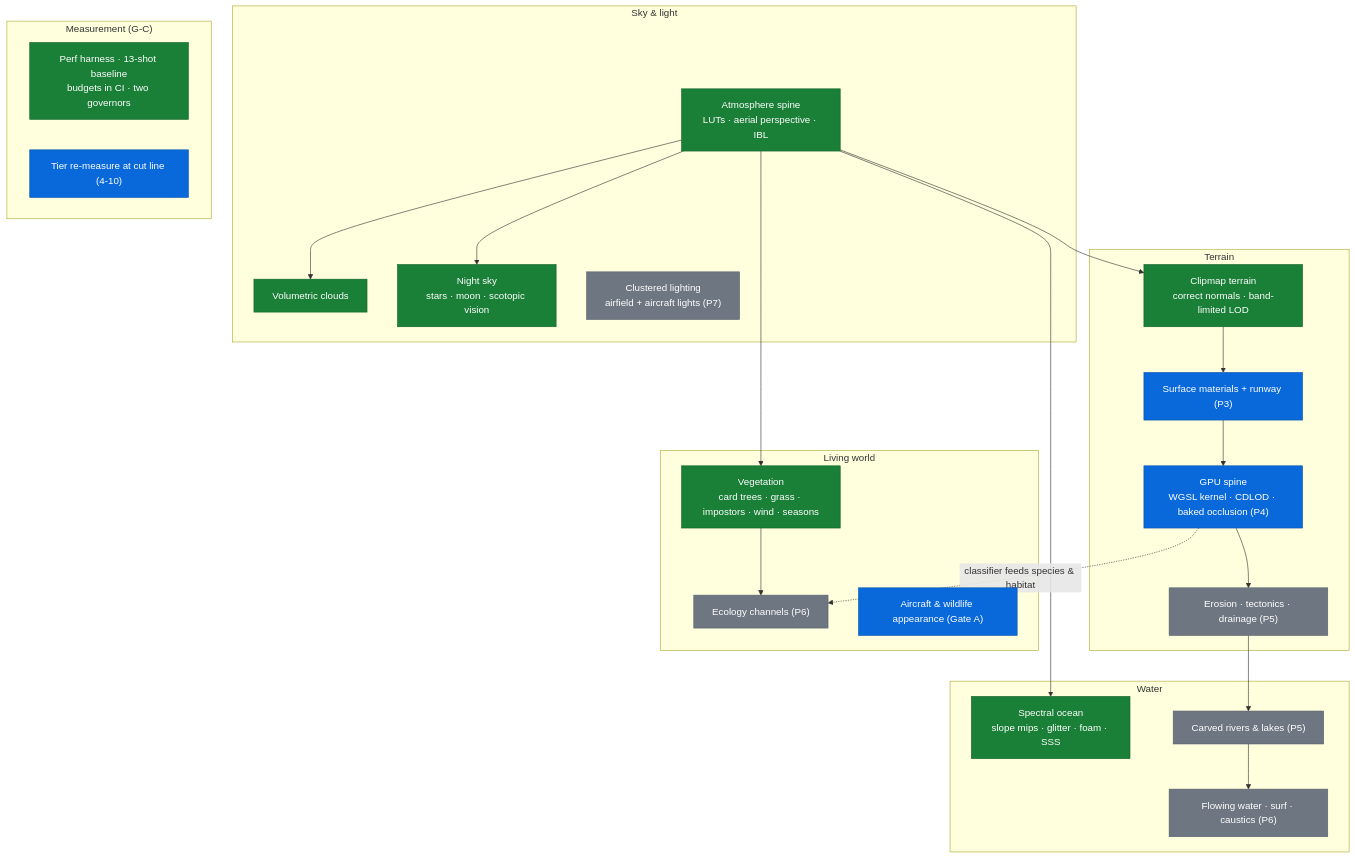
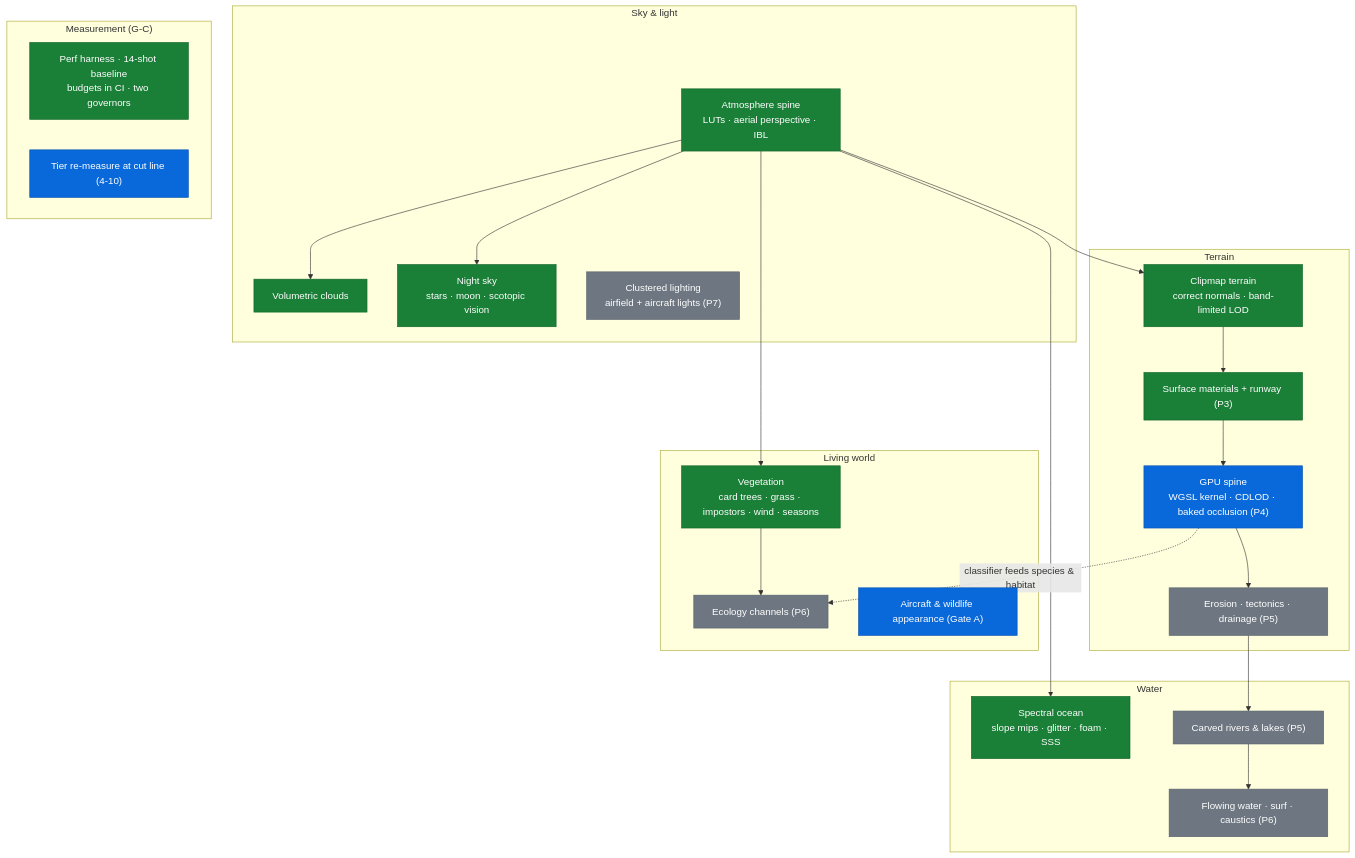
Before and after one commit to jazonshou/fly-high: the second of 2 diagrams in PROJECT_OVERVIEW.md, drawn with Mermaid. The commit also changed other lines of this file and 52 other files, not shown here.

First line of the commit message:
Phase 3: the terrain gets a surface, and the runway sits in the ground

````diff
--- a/PROJECT_OVERVIEW.md
+++ b/PROJECT_OVERVIEW.md
@@ -162,39 +188,39 @@
 ```mermaid
 flowchart TB
     classDef live fill:#1a7f37,stroke:#116329,color:#ffffff
     classDef nextp fill:#0969da,stroke:#0550ae,color:#ffffff
     classDef later fill:#6e7781,stroke:#57606a,color:#ffffff
 
     subgraph SKY["Sky & light"]
         ATM["Atmosphere spine<br/>LUTs · aerial perspective · IBL"]:::live
         CLD["Volumetric clouds"]:::live
         NGT["Night sky<br/>stars · moon · scotopic vision"]:::live
         CLL["Clustered lighting<br/>airfield + aircraft lights (P7)"]:::later
     end
     subgraph GROUND["Terrain"]
         TER["Clipmap terrain<br/>correct normals · band-limited LOD"]:::live
-        SRF["Surface materials + runway (P3)"]:::nextp
+        SRF["Surface materials + runway (P3)"]:::live
         SPN["GPU spine<br/>WGSL kernel · CDLOD · baked occlusion (P4)"]:::nextp
         ERO["Erosion · tectonics · drainage (P5)"]:::later
     end
     subgraph WATER["Water"]
         OCN["Spectral ocean<br/>slope mips · glitter · foam · SSS"]:::live
         RIV["Carved rivers & lakes (P5)"]:::later
         FLW["Flowing water · surf · caustics (P6)"]:::later
     end
     subgraph LIFE["Living world"]
         VEG["Vegetation<br/>card trees · grass · impostors · wind · seasons"]:::live
         ECO["Ecology channels (P6)"]:::later
         ACW["Aircraft & wildlife appearance (Gate A)"]:::nextp
     end
     subgraph MEAS["Measurement (G-C)"]
-        HAR["Perf harness · 13-shot baseline<br/>budgets in CI · two governors"]:::live
+        HAR["Perf harness · 14-shot baseline<br/>budgets in CI · two governors"]:::live
         TRM["Tier re-measure at cut line (4-10)"]:::nextp
     end
 
     ATM --> CLD & NGT & OCN & TER & VEG
     TER --> SRF --> SPN --> ERO
     ERO --> RIV --> FLW
     VEG --> ECO
     SPN -.->|"classifier feeds species & habitat"| ECO
 ```
````
